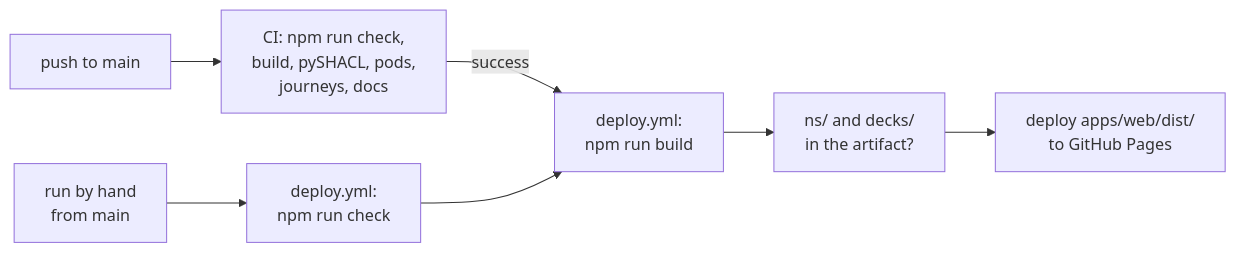
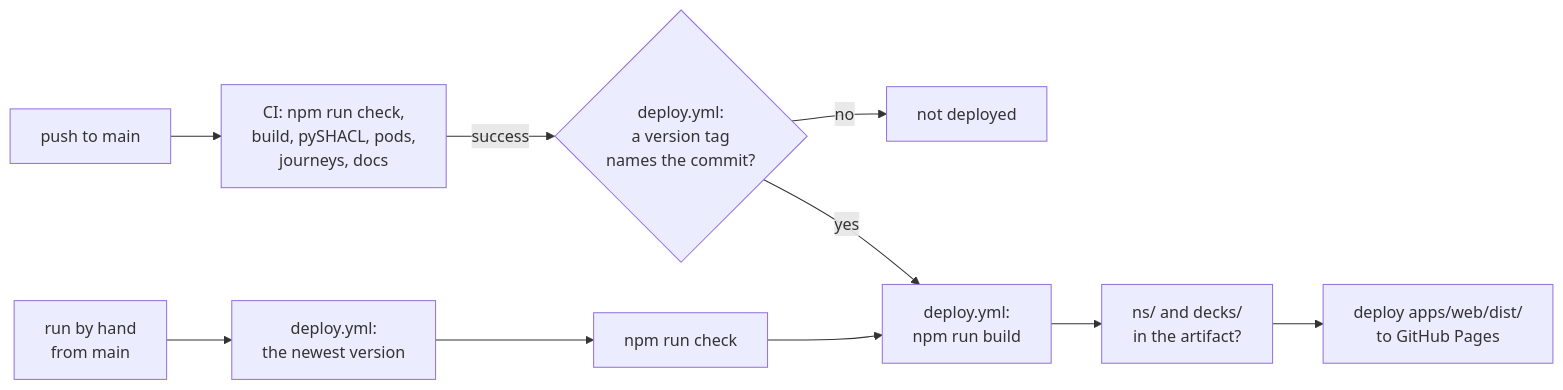
The diagram in docs/deployment.md (solid-memo/website), drawn with Mermaid before and after one commit. The commit also changed other lines of this file and 17 other files, not shown here.

````diff
--- a/docs/deployment.md
+++ b/docs/deployment.md
@@ -13,5 +16,7 @@
 ```mermaid
 flowchart LR
-    push["push to main"] --> ci["CI: npm run check,<br/>build, pySHACL, pods,<br/>journeys, docs"] -->|success| build["deploy.yml:<br/>npm run build"] --> guard["ns/ and decks/<br/>in the artifact?"] --> pages["deploy apps/web/dist/<br/>to GitHub Pages"]
-    hand["run by hand<br/>from main"] --> check["deploy.yml:<br/>npm run check"] --> build
+    push["push to main"] --> ci["CI: npm run check,<br/>build, pySHACL, pods,<br/>journeys, docs"] -->|success| tag{"deploy.yml:<br/>a version tag<br/>names the commit?"}
+    tag -->|no| skip["not deployed"]
+    tag -->|yes| build["deploy.yml:<br/>npm run build"] --> guard["ns/ and decks/<br/>in the artifact?"] --> pages["deploy apps/web/dist/<br/>to GitHub Pages"]
+    hand["run by hand<br/>from main"] --> newest["deploy.yml:<br/>the newest version"] --> check["npm run check"] --> build
 ```
````
